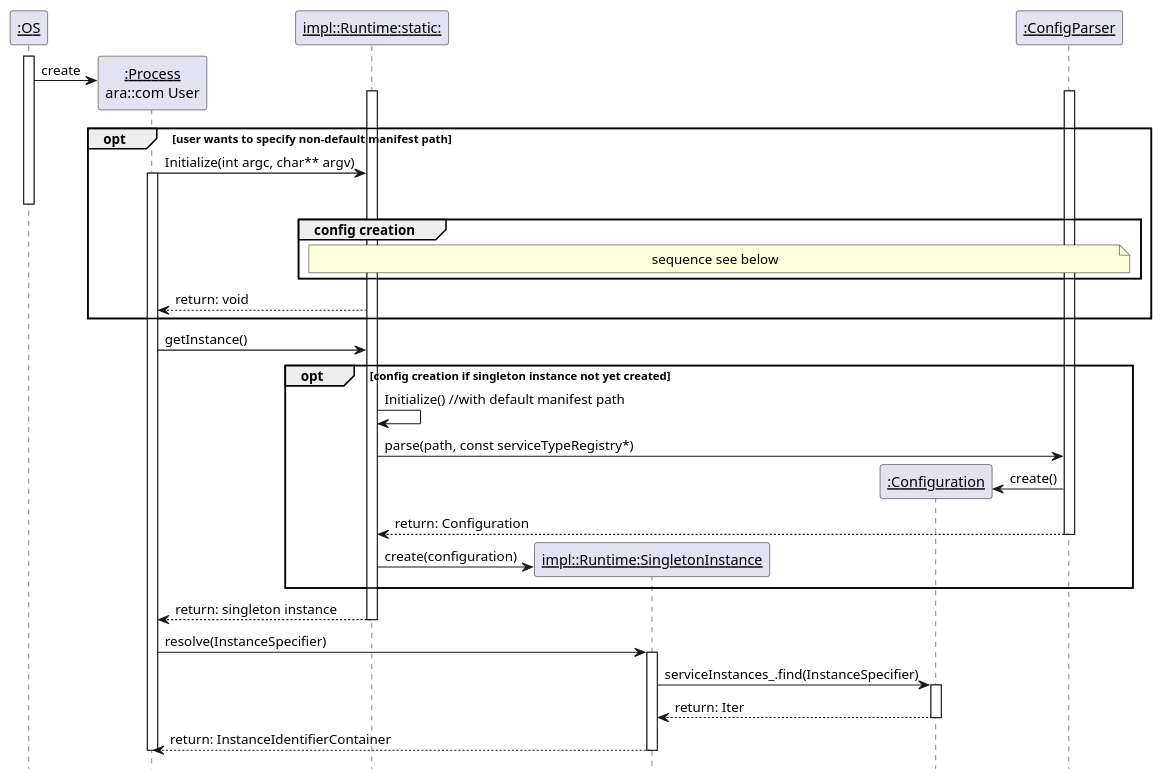
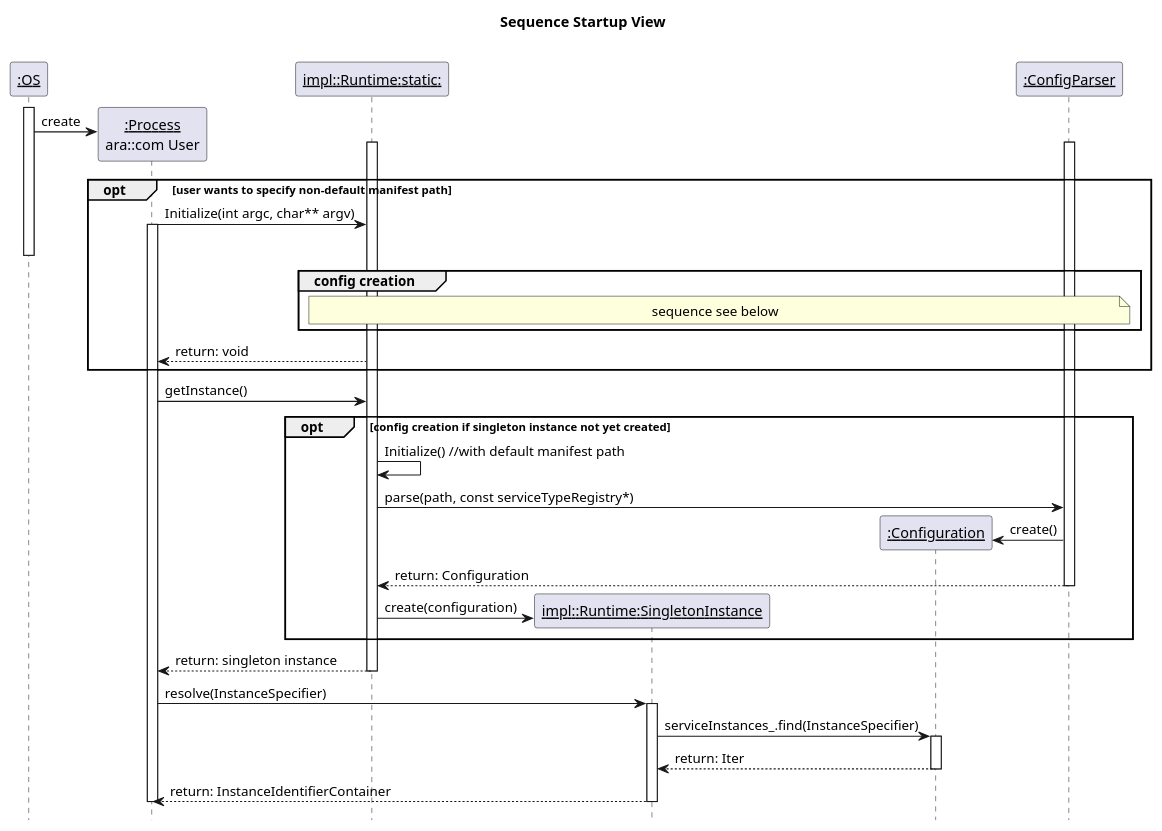
Before and after one commit to eclipse-score/communication: the diagram in score/mw/com/design/configuration/sequence_startup_view.puml, drawn with PlantUML. The commit also changed 2 other files, not shown here.

Commit message:
Align diagram title, fix relationshios between classes in structural_view of configuration

```diff
--- a/score/mw/com/design/configuration/sequence_startup_view.puml
+++ b/score/mw/com/design/configuration/sequence_startup_view.puml
@@ -1,61 +1,60 @@
 @startuml
-'!include ../puml-theme-score.puml
-
+title "Sequence Startup View"
 hide footbox
 
 participant "<u>:OS" as OS
 participant "<u>:Process</u>\nara::com User" as Process
 participant "<u>impl::Runtime:static:</u>" as Runtime
 participant "<u>impl::Runtime:SingletonInstance</u>" as RuntimeInstance
 participant "<u>:Configuration</u>" as Configuration
 participant "<u>:ConfigParser</u>" as ConfigParser
 
 activate OS
 create Process
 OS -> Process : create
 
 activate Runtime
 activate ConfigParser
 
 opt user wants to specify non-default manifest path
     Process -> Runtime : Initialize(int argc, char** argv)
     activate Process
     deactivate OS
 
     group config creation
         note over Runtime, ConfigParser: sequence see below
     end group
     
     Runtime --> Process : return: void
 end opt
 
 Process -> Runtime : getInstance()
 
 opt config creation if singleton instance not yet created
     Runtime -> Runtime : Initialize() //with default manifest path
     Runtime -> ConfigParser : parse(path, const serviceTypeRegistry*)
     create Configuration
     ConfigParser -> Configuration : create()
 
     ConfigParser --> Runtime : return: Configuration
     deactivate ConfigParser
 
     create RuntimeInstance
     Runtime -> RuntimeInstance : create(configuration)
 end opt
 
 Runtime --> Process : return: singleton instance
 deactivate Runtime
 
 Process -> RuntimeInstance : resolve(InstanceSpecifier)
 activate RuntimeInstance
 RuntimeInstance -> Configuration : serviceInstances_.find(InstanceSpecifier)
 activate Configuration
 Configuration --> RuntimeInstance : return: Iter
 deactivate Configuration
 
 RuntimeInstance --> Process : return: InstanceIdentifierContainer
 deactivate RuntimeInstance
 deactivate Process
 
 @enduml
```
